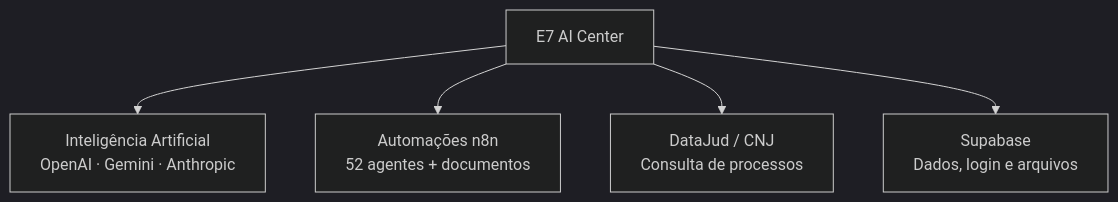
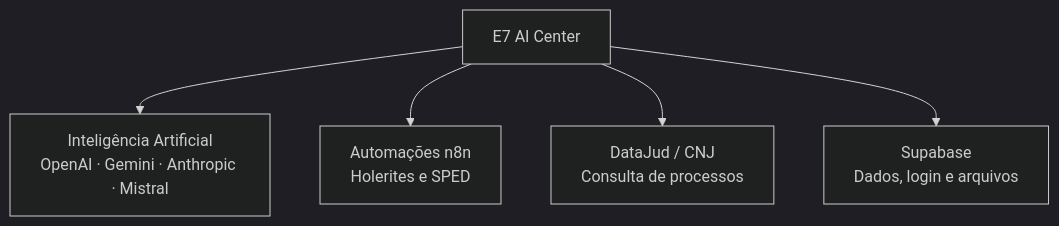
One commit to afelipedev/app-e7aicenter changed the third of 3 diagrams in docs/Documentacao_Final_Cliente.md. Above: the diagram before and after it, drawn with Mermaid (dark theme). The commit also changed other lines of this file and 38 other files, not shown here.

````diff
--- a/docs/Documentacao_Final_Cliente.md
+++ b/docs/Documentacao_Final_Cliente.md
@@ -178,7 +258,7 @@
 ```mermaid
 flowchart TB
-    Sistema[E7 AI Center] --> IA[Inteligência Artificial<br/>OpenAI · Gemini · Anthropic]
-    Sistema --> Auto[Automações n8n<br/>52 agentes + documentos]
+    Sistema[E7 AI Center] --> IA[Inteligência Artificial<br/>OpenAI · Gemini · Anthropic · Mistral]
+    Sistema --> Auto[Automações n8n<br/>Holerites e SPED]
     Sistema --> CNJ[DataJud / CNJ<br/>Consulta de processos]
     Sistema --> Sup[Supabase<br/>Dados, login e arquivos]
 ```
````
